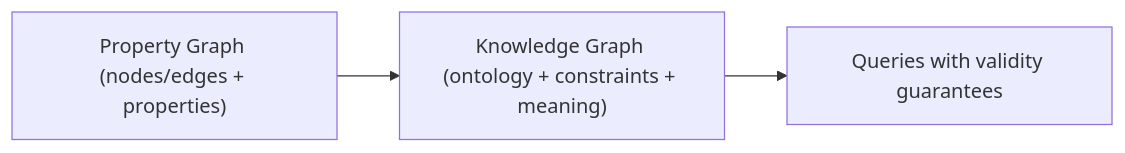
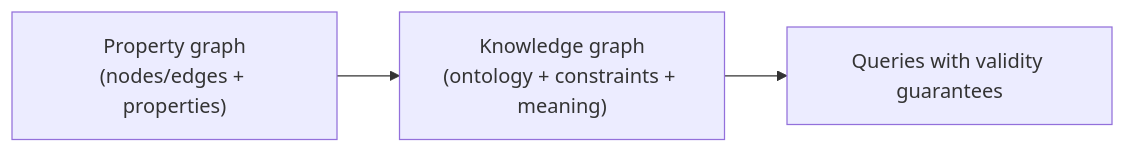
Before and after one commit to 5Reasons/5reasons.github.io: the first of 2 diagrams in docs/methodology/property-and-knowledge-graphs.md, drawn with Mermaid. The commit also changed other lines of this file and 19 other files, not shown here.

````diff
--- a/docs/methodology/property-and-knowledge-graphs.md
+++ b/docs/methodology/property-and-knowledge-graphs.md
@@ -25,5 +50,5 @@
 ```mermaid
-flowchart LR
-  PG["Property Graph (nodes/edges + properties)"] --> KG["Knowledge Graph (ontology + constraints + meaning)"]
-  KG --> Q[Queries with validity guarantees]
+flowchart LR;
+  PG["Property graph\n(nodes/edges + properties)"] --> KG["Knowledge graph\n(ontology + constraints + meaning)"];
+  KG --> Q["Queries with validity guarantees"];
 ```
````
